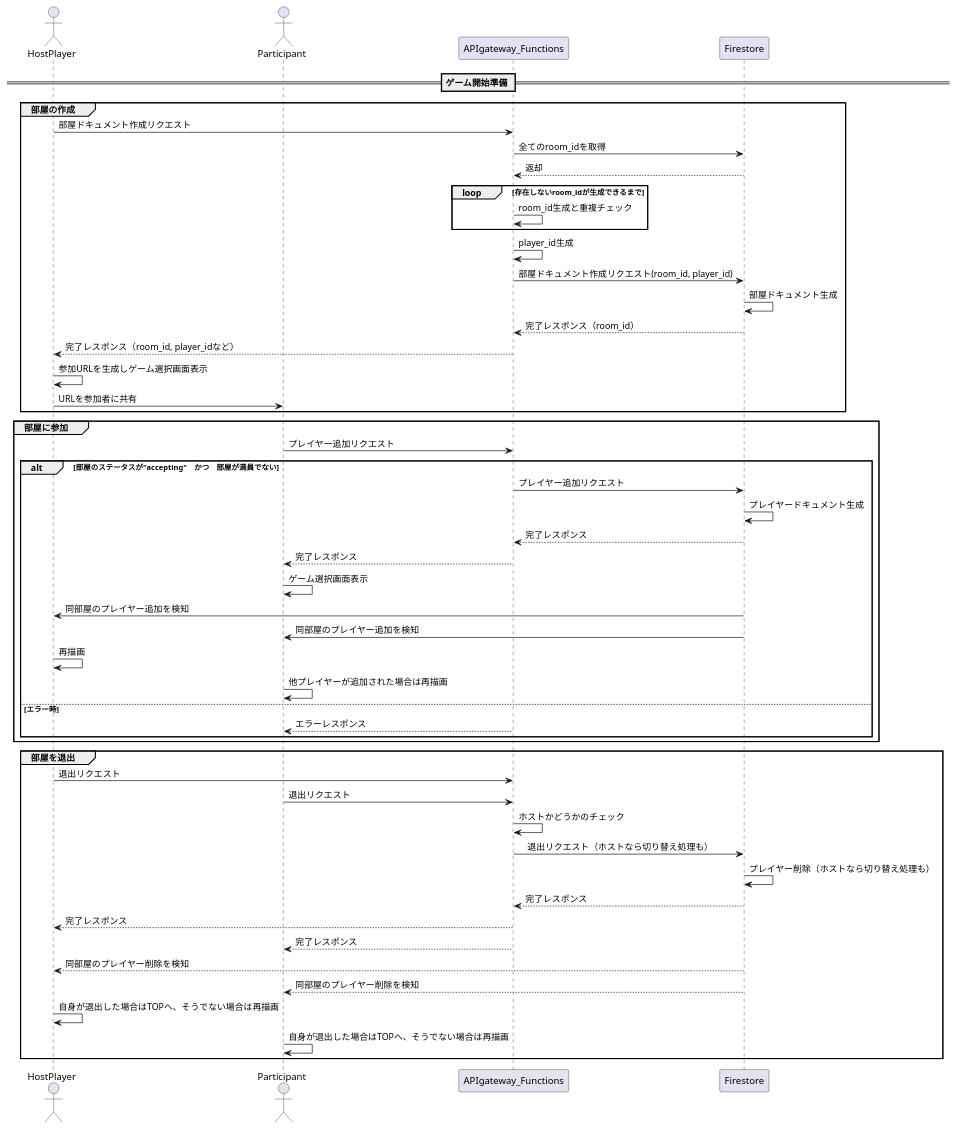
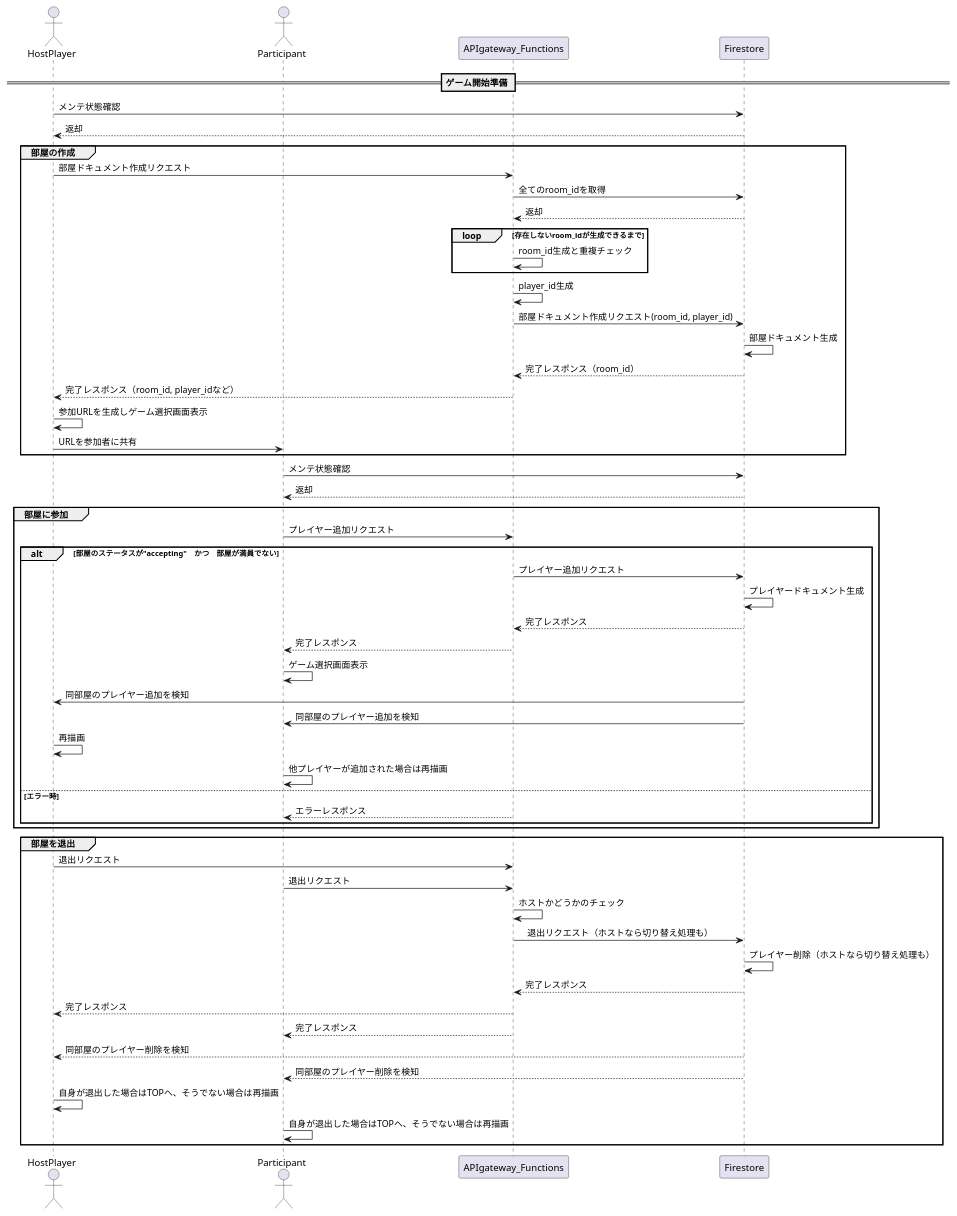
Before and after one commit to hi-okuma/bdghub: the diagram in doc/sequence/0000_platform.wsd, drawn with PlantUML. The commit also changed 5 other files, not shown here.

```diff
--- a/doc/sequence/0000_platform.wsd
+++ b/doc/sequence/0000_platform.wsd
@@ -1,59 +1,64 @@
 @startuml
 
 actor HostPlayer
 actor Participant
 
 participant APIgateway_Functions
 participant Firestore
 
 == ゲーム開始準備 ==
+HostPlayer -> Firestore: メンテ状態確認
+HostPlayer <-- Firestore: 返却
 
 group 部屋の作成
 HostPlayer -> APIgateway_Functions: 部屋ドキュメント作成リクエスト
 APIgateway_Functions -> Firestore: 全てのroom_idを取得
 APIgateway_Functions <-- Firestore: 返却
 loop 存在しないroom_idが生成できるまで
 APIgateway_Functions -> APIgateway_Functions: room_id生成と重複チェック
 end
 APIgateway_Functions -> APIgateway_Functions: player_id生成
 APIgateway_Functions -> Firestore: 部屋ドキュメント作成リクエスト(room_id, player_id)
 Firestore -> Firestore: 部屋ドキュメント生成
 APIgateway_Functions <-- Firestore: 完了レスポンス（room_id）
 HostPlayer <-- APIgateway_Functions: 完了レスポンス（room_id, player_idなど）
 HostPlayer -> HostPlayer: 参加URLを生成しゲーム選択画面表示
 HostPlayer -> Participant: URLを参加者に共有
 end
+
+Participant -> Firestore: メンテ状態確認
+Participant <-- Firestore: 返却
 
 group 部屋に参加
     Participant -> APIgateway_Functions: プレイヤー追加リクエスト
 alt 部屋のステータスが"accepting"　かつ　部屋が満員でない
     APIgateway_Functions -> Firestore: プレイヤー追加リクエスト
     Firestore -> Firestore: プレイヤードキュメント生成
     APIgateway_Functions <-- Firestore: 完了レスポンス
     Participant <-- APIgateway_Functions: 完了レスポンス
     Participant -> Participant: ゲーム選択画面表示
     HostPlayer <- Firestore: 同部屋のプレイヤー追加を検知
     Participant <- Firestore: 同部屋のプレイヤー追加を検知
     HostPlayer -> HostPlayer: 再描画
     Participant -> Participant: 他プレイヤーが追加された場合は再描画
 else エラー時
     Participant <-- APIgateway_Functions: エラーレスポンス
 end
 end
 
 group 部屋を退出
     HostPlayer -> APIgateway_Functions: 退出リクエスト
     Participant -> APIgateway_Functions: 退出リクエスト
     APIgateway_Functions -> APIgateway_Functions: ホストかどうかのチェック
     APIgateway_Functions -> Firestore:　退出リクエスト（ホストなら切り替え処理も）
     Firestore -> Firestore: プレイヤー削除（ホストなら切り替え処理も）
     APIgateway_Functions <-- Firestore: 完了レスポンス
     HostPlayer <-- APIgateway_Functions: 完了レスポンス
     Participant <-- APIgateway_Functions: 完了レスポンス
     HostPlayer <-- Firestore: 同部屋のプレイヤー削除を検知
     Participant <-- Firestore: 同部屋のプレイヤー削除を検知
     HostPlayer -> HostPlayer: 自身が退出した場合はTOPへ、そうでない場合は再描画
     Participant -> Participant: 自身が退出した場合はTOPへ、そうでない場合は再描画
 end
 
 @enduml
```
